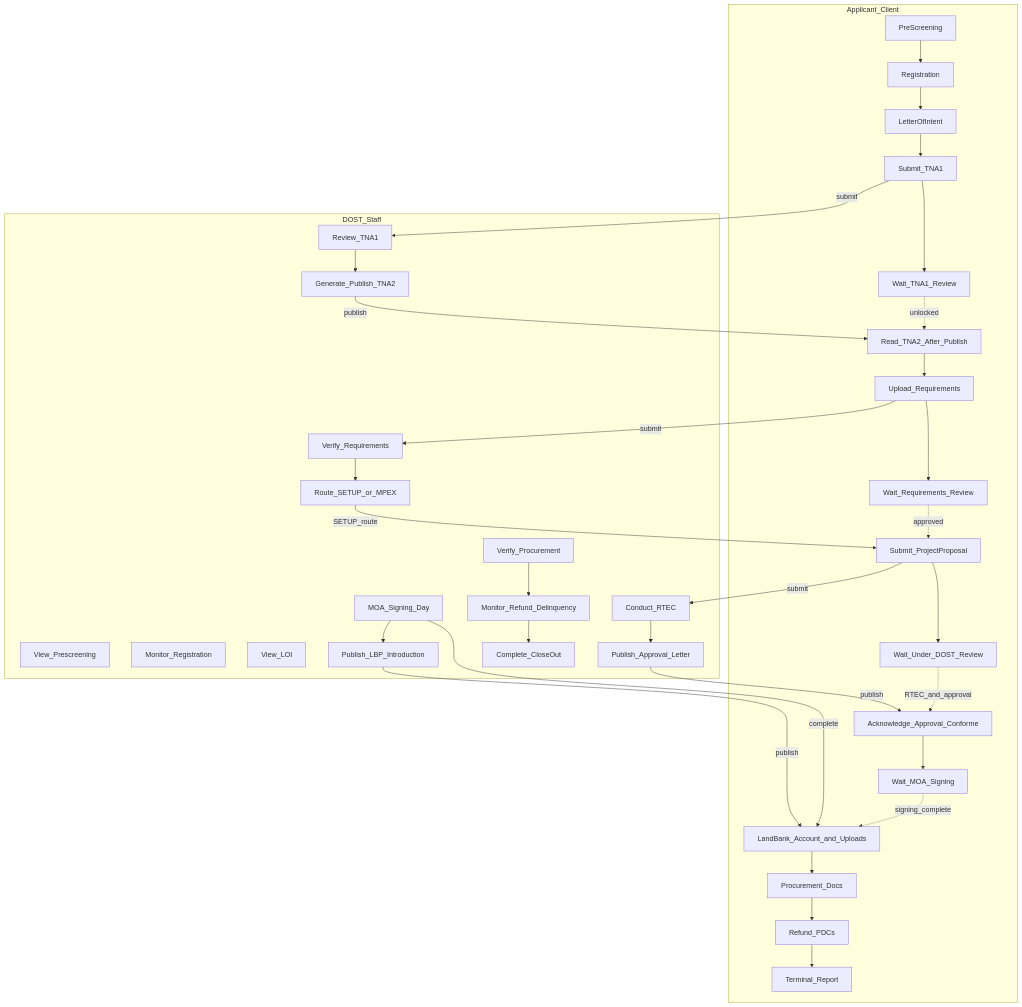
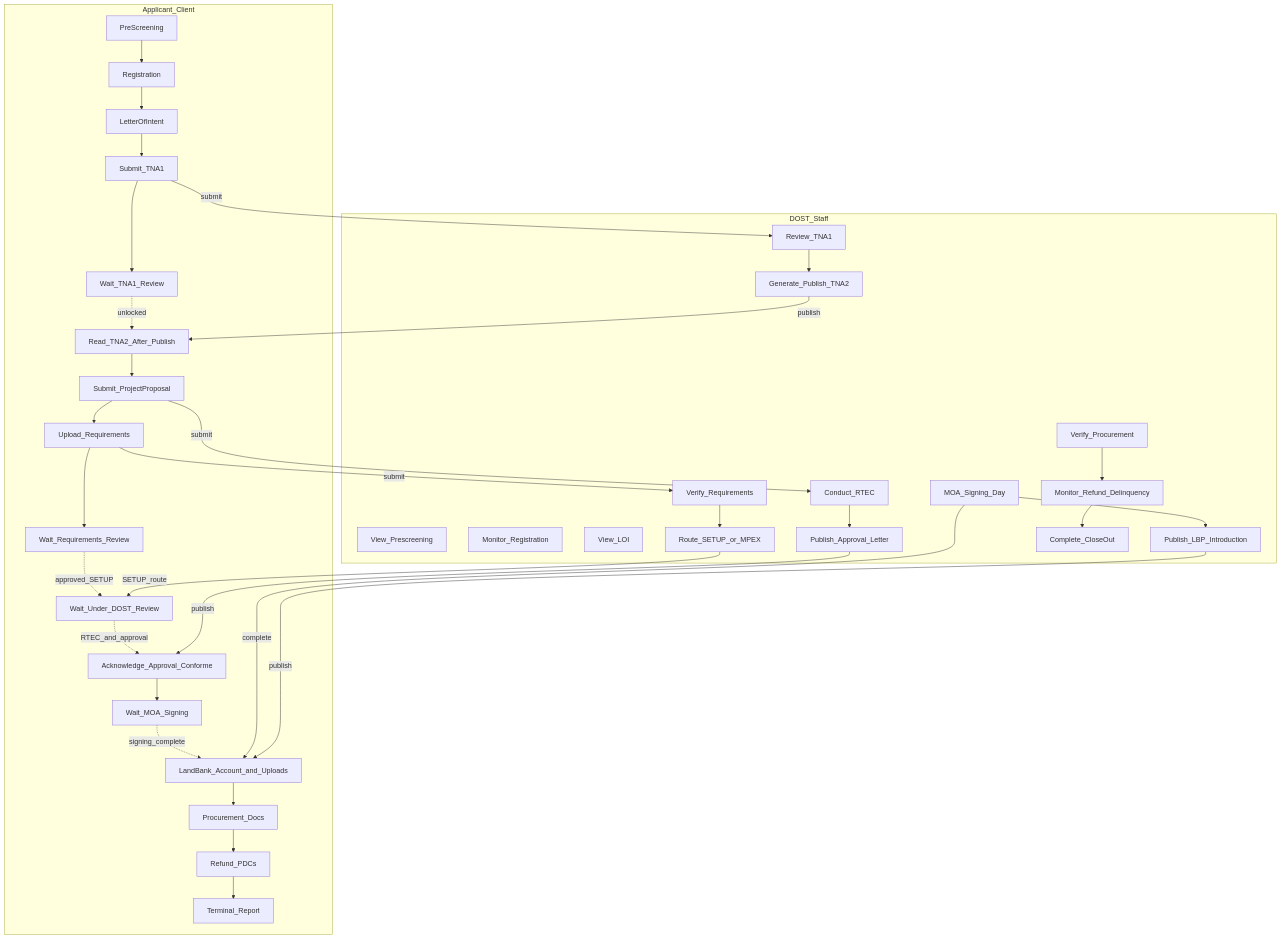
Before and after one commit to yzrel/AiSetup: the first of 5 diagrams in docs/presentation/WORKFLOW_DIAGRAMS.md, drawn with Mermaid. The commit also changed other lines of this file and 62 other files, not shown here.

````diff
--- a/docs/presentation/WORKFLOW_DIAGRAMS.md
+++ b/docs/presentation/WORKFLOW_DIAGRAMS.md
@@ -11,60 +11,60 @@
 ```mermaid
 flowchart TB
   subgraph clientLane [Applicant_Client]
     C1[PreScreening]
     C2[Registration]
     C3[LetterOfIntent]
     C4[Submit_TNA1]
     C5[Wait_TNA1_Review]
     C6[Read_TNA2_After_Publish]
-    C7[Upload_Requirements]
-    C8[Wait_Requirements_Review]
-    C9[Submit_ProjectProposal]
+    C7[Submit_ProjectProposal]
+    C8[Upload_Requirements]
+    C9[Wait_Requirements_Review]
     C10[Wait_Under_DOST_Review]
     C11[Acknowledge_Approval_Conforme]
     C12[Wait_MOA_Signing]
     C13[LandBank_Account_and_Uploads]
     C14[Procurement_Docs]
     C15[Refund_PDCs]
     C16[Terminal_Report]
   end
 
   subgraph staffLane [DOST_Staff]
     S1[View_Prescreening]
     S2[Monitor_Registration]
     S3[View_LOI]
     S4[Review_TNA1]
     S5[Generate_Publish_TNA2]
     S6[Verify_Requirements]
     S7[Route_SETUP_or_MPEX]
     S8[Conduct_RTEC]
     S9[Publish_Approval_Letter]
     S10[MOA_Signing_Day]
     S11[Publish_LBP_Introduction]
     S12[Verify_Procurement]
     S13[Monitor_Refund_Delinquency]
     S14[Complete_CloseOut]
   end
 
   C1 --> C2 --> C3 --> C4 --> C5
   C5 -.->|unlocked| C6
-  C6 --> C7 --> C8
-  C8 -.->|approved| C9 --> C10
+  C6 --> C7 --> C8 --> C9
+  C9 -.->|approved_SETUP| C10
   C10 -.->|RTEC_and_approval| C11 --> C12
   C12 -.->|signing_complete| C13 --> C14 --> C15 --> C16
 
   S4 --> S5
   S6 --> S7
   S8 --> S9
   S10 --> S11
   S12 --> S13 --> S14
 
   C4 -->|submit| S4
   S5 -->|publish| C6
-  C7 -->|submit| S6
-  S7 -->|SETUP_route| C9
-  C9 -->|submit| S8
+  C8 -->|submit| S6
+  S7 -->|SETUP_route| C10
+  C7 -->|submit| S8
   S9 -->|publish| C11
   S10 -->|complete| C13
   S11 -->|publish| C13
 ```
````
